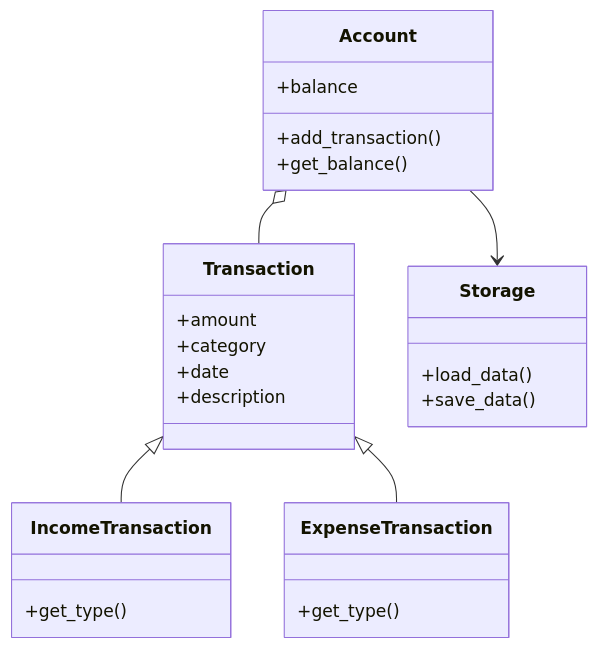
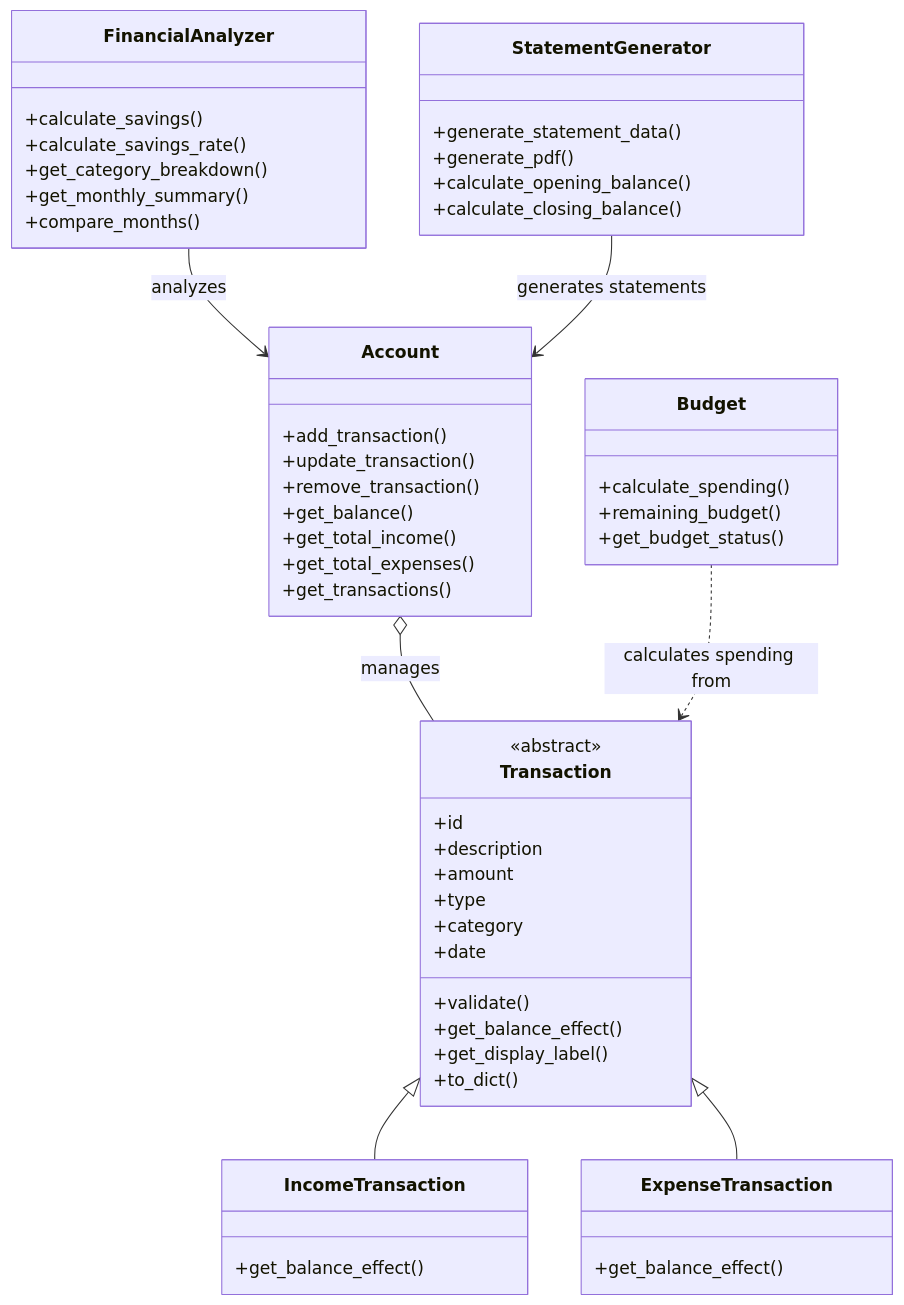
Before and after one commit to agarwalnavam90-rgb/Paisa-Ledger: the second of 2 diagrams in README.md, drawn with Mermaid. The commit also changed other lines of this file, not shown here.

````diff
--- a/README.md
+++ b/README.md
@@ -272,33 +273,62 @@
 ```mermaid
 classDiagram
     class Transaction {
+        <<abstract>>
+        +id
+        +description
         +amount
+        +type
         +category
         +date
-        +description
+        +validate()
+        +get_balance_effect()
+        +get_display_label()
+        +to_dict()
     }
 
     class IncomeTransaction {
-        +get_type()
+        +get_balance_effect()
     }
 
     class ExpenseTransaction {
-        +get_type()
+        +get_balance_effect()
     }
 
     class Account {
-        +balance
         +add_transaction()
+        +update_transaction()
+        +remove_transaction()
         +get_balance()
+        +get_total_income()
+        +get_total_expenses()
+        +get_transactions()
     }
 
-    class Storage {
-        +load_data()
-        +save_data()
+    class Budget {
+        +calculate_spending()
+        +remaining_budget()
+        +get_budget_status()
+    }
+
+    class FinancialAnalyzer {
+        +calculate_savings()
+        +calculate_savings_rate()
+        +get_category_breakdown()
+        +get_monthly_summary()
+        +compare_months()
+    }
+
+    class StatementGenerator {
+        +generate_statement_data()
+        +generate_pdf()
+        +calculate_opening_balance()
+        +calculate_closing_balance()
     }
 
     Transaction <|-- IncomeTransaction
     Transaction <|-- ExpenseTransaction
-    Account o-- Transaction
-    Account --> Storage
+    Account o-- Transaction : manages
+    FinancialAnalyzer --> Account : analyzes
+    StatementGenerator --> Account : generates statements
+    Budget ..> Transaction : calculates spending from
 ```
````
